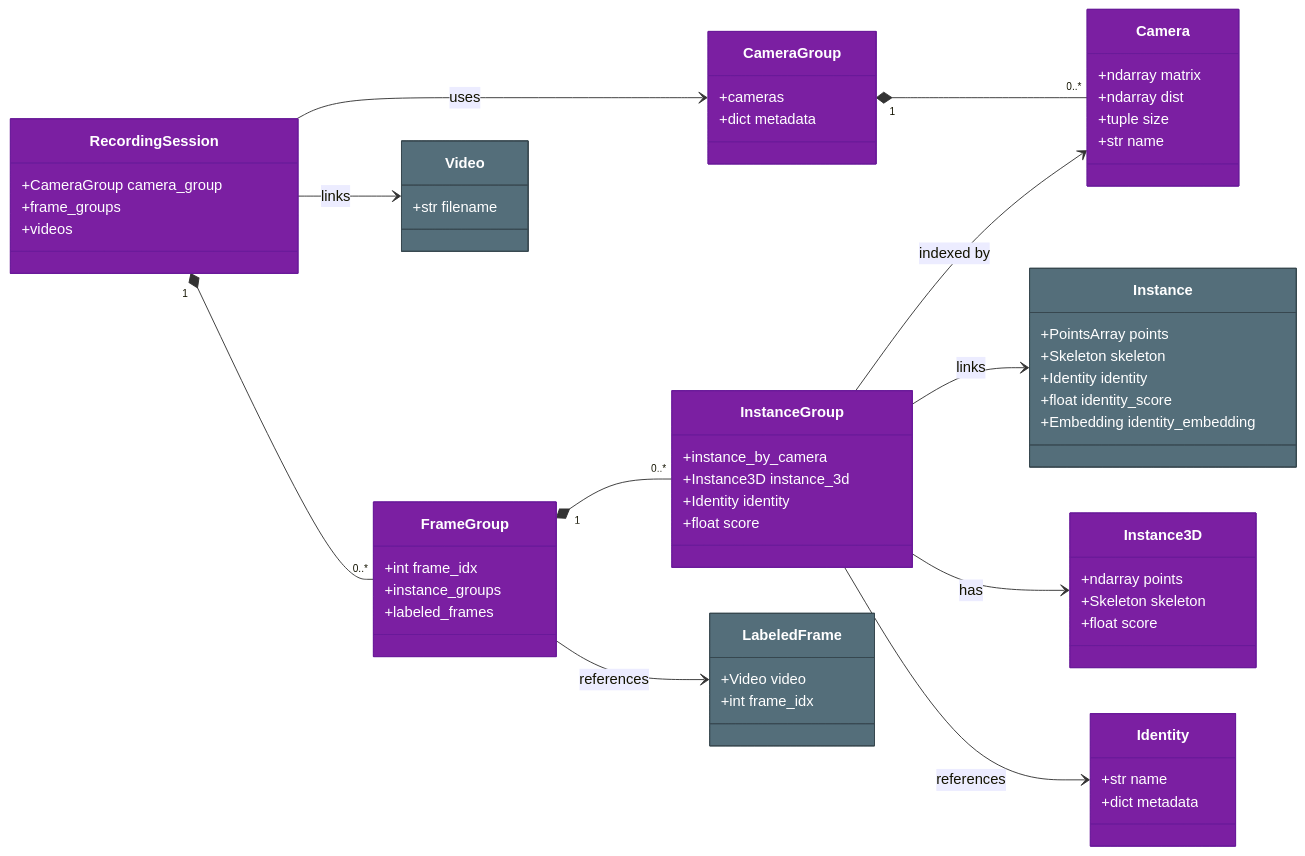
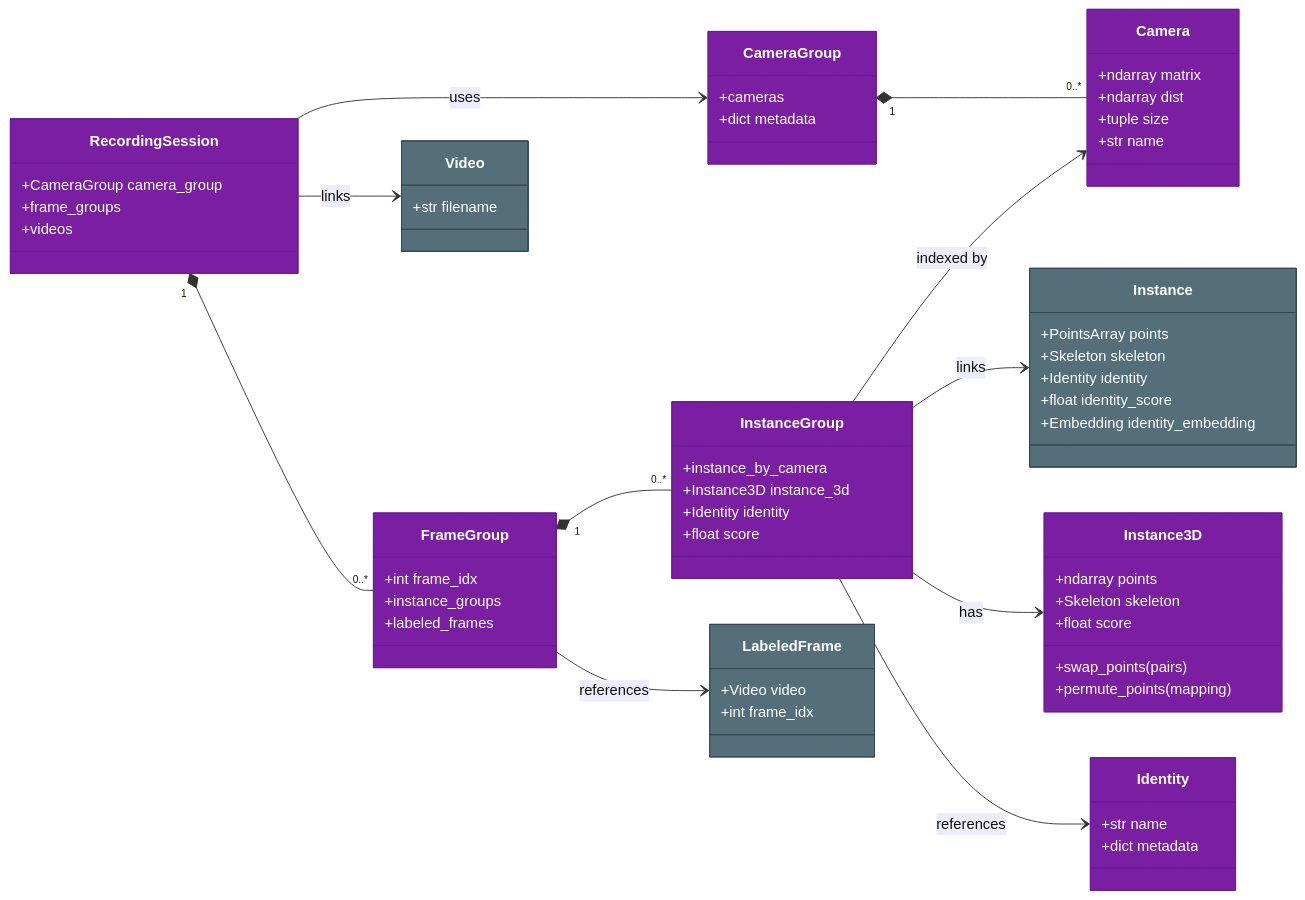
Before and after one commit to talmolab/sleap-io: the diagram in docs/model/3d.md, drawn with Mermaid. The commit also changed other lines of this file and 4 other files, not shown here.

Commit message:
Add swap_points and permute_points helpers to Instance and Instance3D

````diff
--- a/docs/model/3d.md
+++ b/docs/model/3d.md
@@ -257,70 +261,72 @@
 ``` mermaid
 classDiagram
     direction LR
 
     class CameraGroup:::threed {
         +cameras
         +dict metadata
     }
     class Camera:::threed {
         +ndarray matrix
         +ndarray dist
         +tuple size
         +str name
     }
     class RecordingSession:::threed {
         +CameraGroup camera_group
         +frame_groups
         +videos
     }
     class FrameGroup:::threed {
         +int frame_idx
         +instance_groups
         +labeled_frames
     }
     class InstanceGroup:::threed {
         +instance_by_camera
         +Instance3D instance_3d
         +Identity identity
         +float score
     }
     class Video:::core {
         +str filename
     }
     class LabeledFrame:::core {
         +Video video
         +int frame_idx
     }
     class Instance:::core {
         +PointsArray points
         +Skeleton skeleton
         +Identity identity
         +float identity_score
         +Embedding identity_embedding
     }
     class Identity:::threed {
         +str name
         +dict metadata
     }
     class Instance3D:::threed {
         +ndarray points
         +Skeleton skeleton
         +float score
+        +swap_points(pairs)
+        +permute_points(mapping)
     }
 
     CameraGroup "1" *-- "0..*" Camera
     RecordingSession --> CameraGroup : uses
     RecordingSession "1" *-- "0..*" FrameGroup
     RecordingSession --> Video : links
 
     FrameGroup "1" *-- "0..*" InstanceGroup
     FrameGroup --> LabeledFrame : references
 
     InstanceGroup --> Instance : links
     InstanceGroup --> Camera : indexed by
     InstanceGroup --> Instance3D : has
     InstanceGroup --> Identity : references
 
     classDef threed fill:#7b1fa2,stroke:#6a1b9a,color:#fff
     classDef core fill:#546e7a,stroke:#37474f,color:#fff
 ```
````
